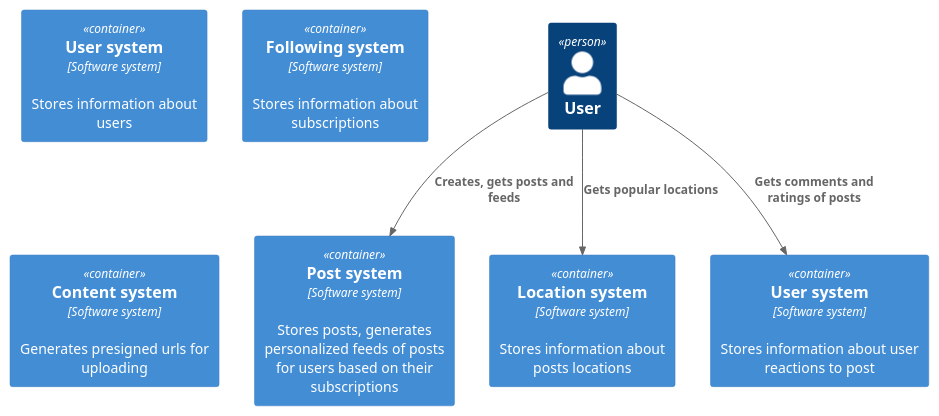
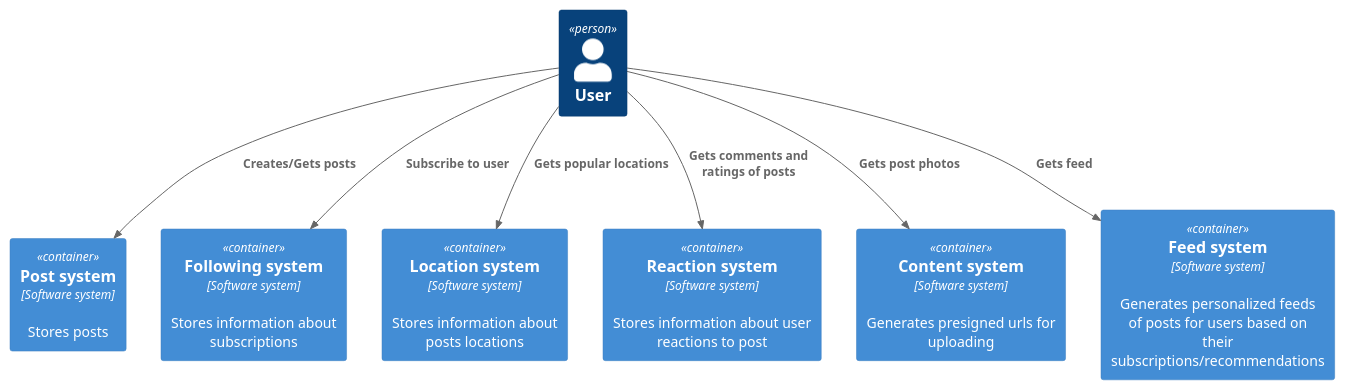
Before and after one commit to dmitry-bughunter/social_network_system_design: the diagram in architecture/context.puml, drawn with PlantUML. The commit also changed 16 other files, not shown here.

```diff
--- a/architecture/context.puml
+++ b/architecture/context.puml
@@ -1,16 +1,19 @@
 @startuml
 !include https://raw.githubusercontent.com/plantuml-stdlib/C4-PlantUML/master/C4_Container.puml
 
 Person(user, "User")
 
-Container(postSystem, "Post system", "Software system", "Stores posts, generates personalized feeds of posts for users based on their subscriptions")
-Container(userSystem, "User system", "Software system", "Stores information about users")
+Container(postSystem, "Post system", "Software system", "Stores posts")
 Container(followingSystem, "Following system", "Software system", "Stores information about subscriptions")
 Container(locationSystem, "Location system", "Software system", "Stores information about posts locations")
-Container(reactionSystem, "User system", "Software system", "Stores information about user reactions to post")
+Container(reactionSystem, "Reaction system", "Software system", "Stores information about user reactions to post")
 Container(contentSystem, "Content system", "Software system", "Generates presigned urls for uploading")
+Container(feedSystem, "Feed system", "Software system", "Generates personalized feeds of posts for users based on their subscriptions/recommendations")
 
-Rel(user, postSystem, "Creates, gets posts and feeds")
+Rel(user, postSystem, "Creates/Gets posts")
 Rel(user, locationSystem, "Gets popular locations")
 Rel(user, reactionSystem, "Gets comments and ratings of posts")
+Rel(user, followingSystem, "Subscribe to user")
+Rel(user, feedSystem, "Gets feed")
+Rel(user, contentSystem, "Gets post photos")
 @enduml
```
